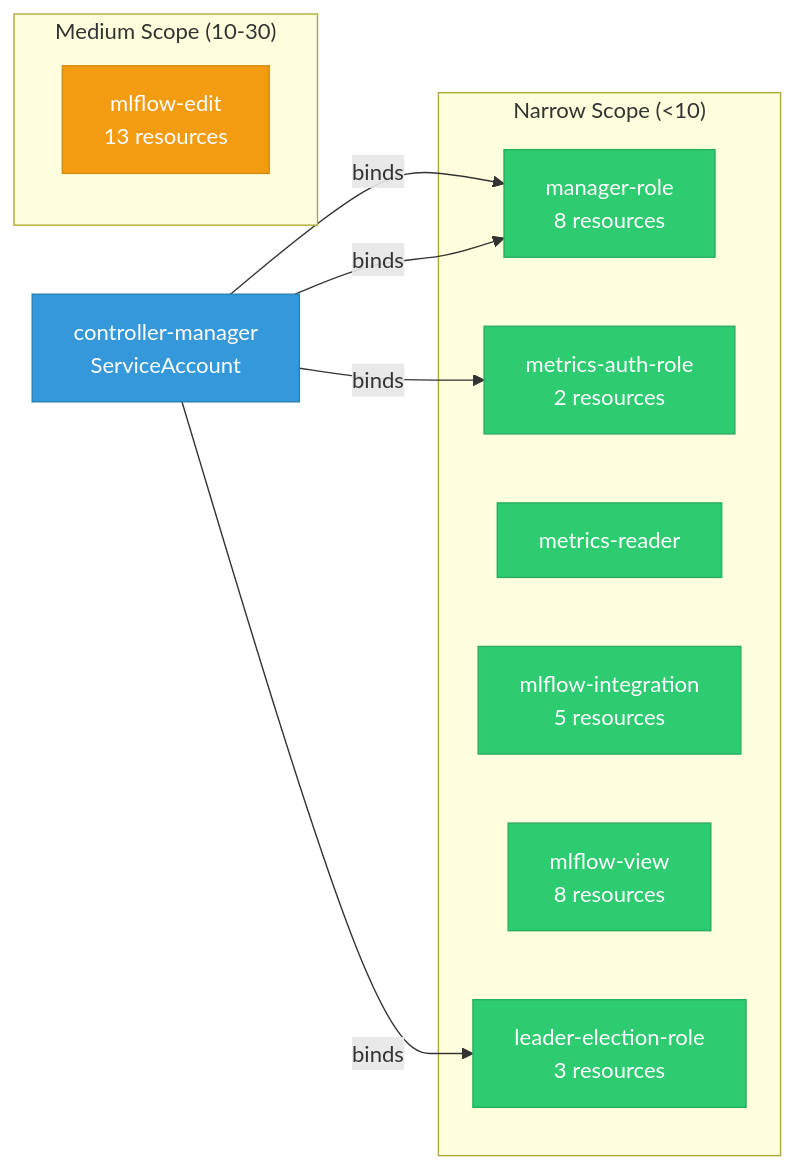
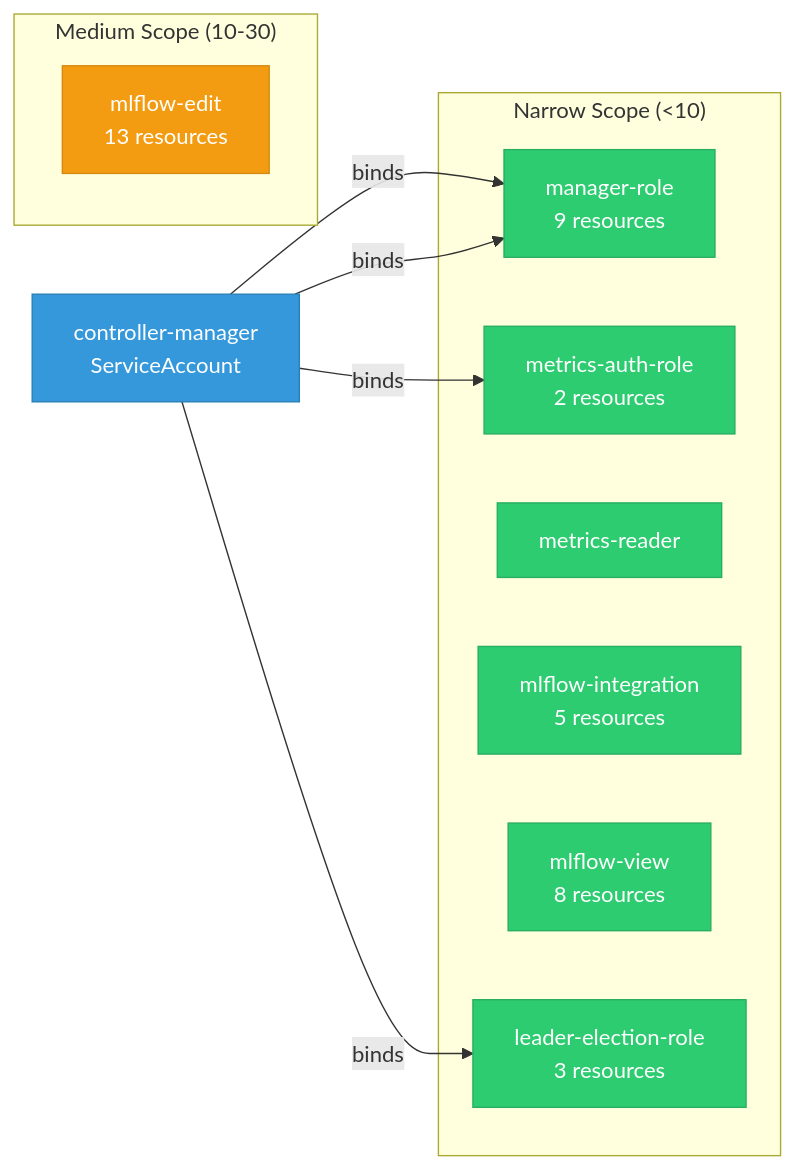
The diagram in site/docs/odh-platform/components/mlflow_operator/rbac.md (ugiordan/rhoai-architecture-analyzer), drawn with Mermaid before and after one commit. The commit also changed other lines of this file and 152 other files, not shown here.

````diff
--- a/site/docs/odh-platform/components/mlflow_operator/rbac.md
+++ b/site/docs/odh-platform/components/mlflow_operator/rbac.md
@@ -9,26 +9,26 @@
 ```mermaid
 graph LR
     classDef wide fill:#e74c3c,stroke:#c0392b,color:#fff
     classDef medium fill:#f39c12,stroke:#d68910,color:#fff
     classDef narrow fill:#2ecc71,stroke:#27ae60,color:#fff
     classDef subject fill:#3498db,stroke:#2980b9,color:#fff
 
     subgraph med["Medium Scope (10-30)"]
     mlflow_edit["mlflow-edit\n13 resources"]:::medium
     end
     subgraph nar["Narrow Scope (<10)"]
     manager_role["manager-role\n10 resources"]:::narrow
     metrics_auth_role["metrics-auth-role\n2 resources"]:::narrow
     metrics_reader["metrics-reader"]:::narrow
     mlflow_integration["mlflow-integration\n5 resources"]:::narrow
     mlflow_view["mlflow-view\n8 resources"]:::narrow
     leader_election_role["leader-election-role\n3 resources"]:::narrow
-    manager_role["manager-role\n8 resources"]:::narrow
+    manager_role["manager-role\n9 resources"]:::narrow
     end
 
     subj_controller_manager["controller-manager\nServiceAccount"]:::subject
     subj_controller_manager -->|binds| manager_role
     subj_controller_manager -->|binds| metrics_auth_role
     subj_controller_manager -->|binds| leader_election_role
     subj_controller_manager -->|binds| manager_role
 ```
````
